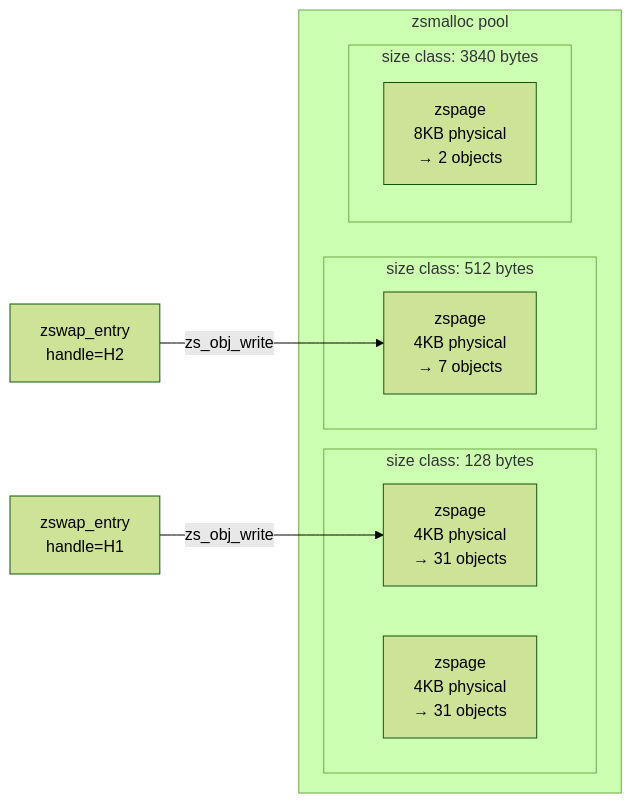
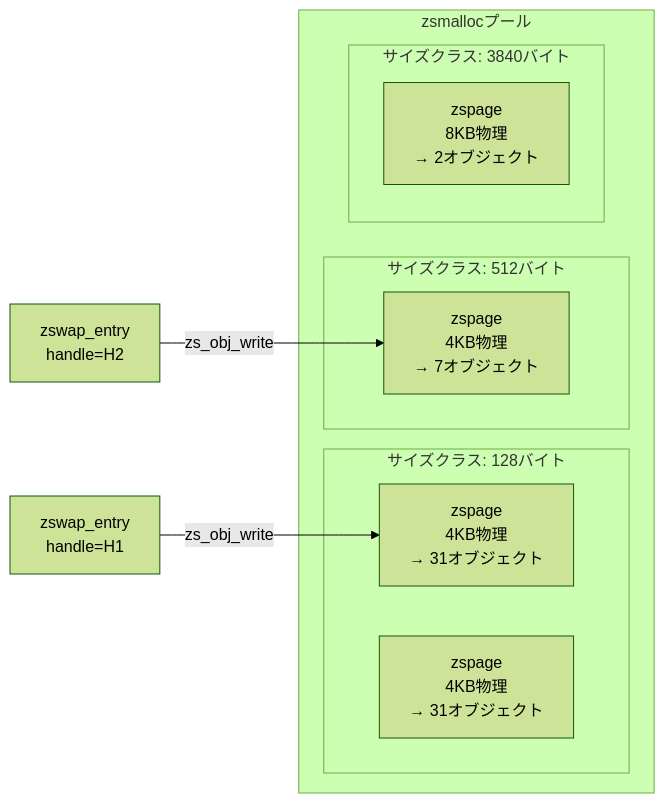
The second of 3 diagrams in docs/mm/zswap.md (doguto/linux-kernel-internals-jp), drawn with Mermaid (forest theme) before and after one commit. The commit also changed other lines of this file and 11 other files, not shown here.

````diff
--- a/docs/mm/zswap.md
+++ b/docs/mm/zswap.md
@@ -203,18 +203,18 @@
 ```mermaid
 graph LR
-    subgraph "zsmalloc pool"
-        subgraph "size class: 128 bytes"
-            Z1[zspage\n4KB physical\n→ 31 objects]
-            Z2[zspage\n4KB physical\n→ 31 objects]
+    subgraph "zsmallocプール"
+        subgraph "サイズクラス: 128バイト"
+            Z1[zspage\n4KB物理\n→ 31オブジェクト]
+            Z2[zspage\n4KB物理\n→ 31オブジェクト]
         end
-        subgraph "size class: 512 bytes"
-            Z3[zspage\n4KB physical\n→ 7 objects]
+        subgraph "サイズクラス: 512バイト"
+            Z3[zspage\n4KB物理\n→ 7オブジェクト]
         end
-        subgraph "size class: 3840 bytes"
-            Z4[zspage\n8KB physical\n→ 2 objects]
+        subgraph "サイズクラス: 3840バイト"
+            Z4[zspage\n8KB物理\n→ 2オブジェクト]
         end
     end
 
     E1[zswap_entry\nhandle=H1] -->|zs_obj_write| Z1
     E2[zswap_entry\nhandle=H2] -->|zs_obj_write| Z3
 ```
````
